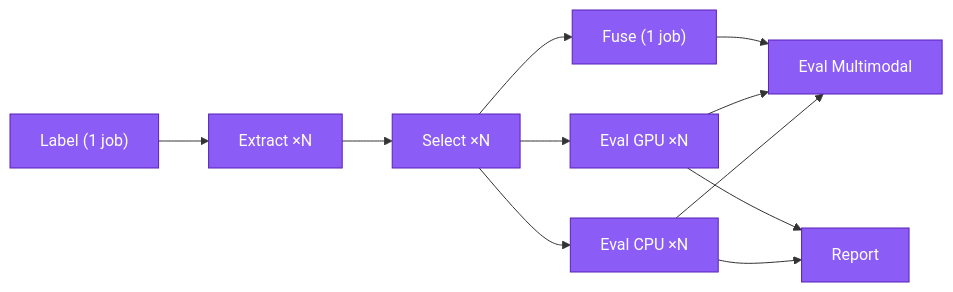
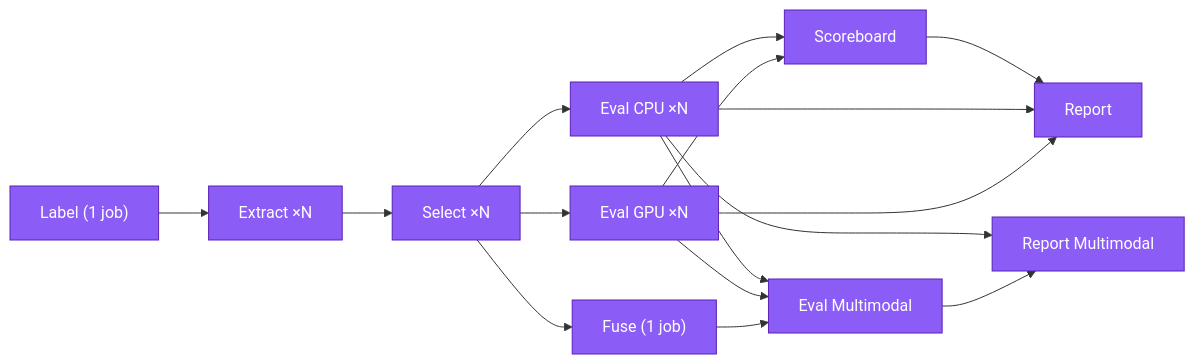
One commit to msk-access/kreview changed the diagram in docs/operations/nextflow.md. Above: the diagram before and after it, drawn with Mermaid. The commit also changed other lines of this file and 7 other files, not shown here.

````diff
--- a/docs/operations/nextflow.md
+++ b/docs/operations/nextflow.md
@@ -33,14 +35,19 @@
 ```mermaid
 graph LR
     classDef step fill:#8b5cf6,stroke:#5b21b6,color:#fff;
     A["Label (1 job)"]:::step --> B["Extract ×N"]:::step
     B --> C["Select ×N"]:::step
     C --> D["Eval CPU ×N"]:::step
     C --> E["Eval GPU ×N"]:::step
     C --> F["Fuse (1 job)"]:::step
+    D --> S["Scoreboard"]:::step
+    E --> S
     D --> G["Eval Multimodal"]:::step
     E --> G
     F --> G:::step
-    D --> H["Report"]:::step
+    S --> H["Report"]:::step
+    D --> H
     E --> H
+    D --> I["Report Multimodal"]:::step
+    G --> I
 ```
````
